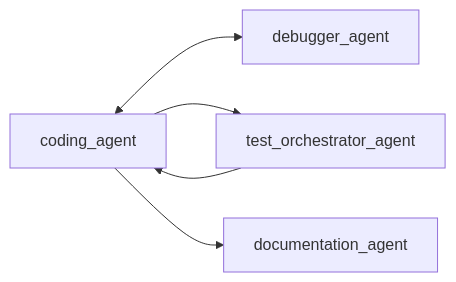
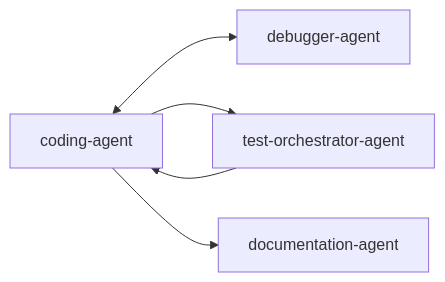
One commit to phamhung075/4genthub changed the second of 2 diagrams in ai_docs/development-guides/agent-interaction-patterns.md. Above: the diagram before and after it, drawn with Mermaid. The commit also changed other lines of this file and 686 other files, not shown here.

````diff
--- a/ai_docs/development-guides/agent-interaction-patterns.md
+++ b/ai_docs/development-guides/agent-interaction-patterns.md
@@ -36,7 +36,7 @@
 ```mermaid
 graph LR
-    CA[coding_agent] <--> DA[debugger_agent]
-    CA --> TO[test_orchestrator_agent]
+    CA[coding-agent] <--> DA[debugger-agent]
+    CA --> TO[test-orchestrator-agent]
     TO --> CA
-    CA --> DOC[documentation_agent]
+    CA --> DOC[documentation-agent]
 ```
````
